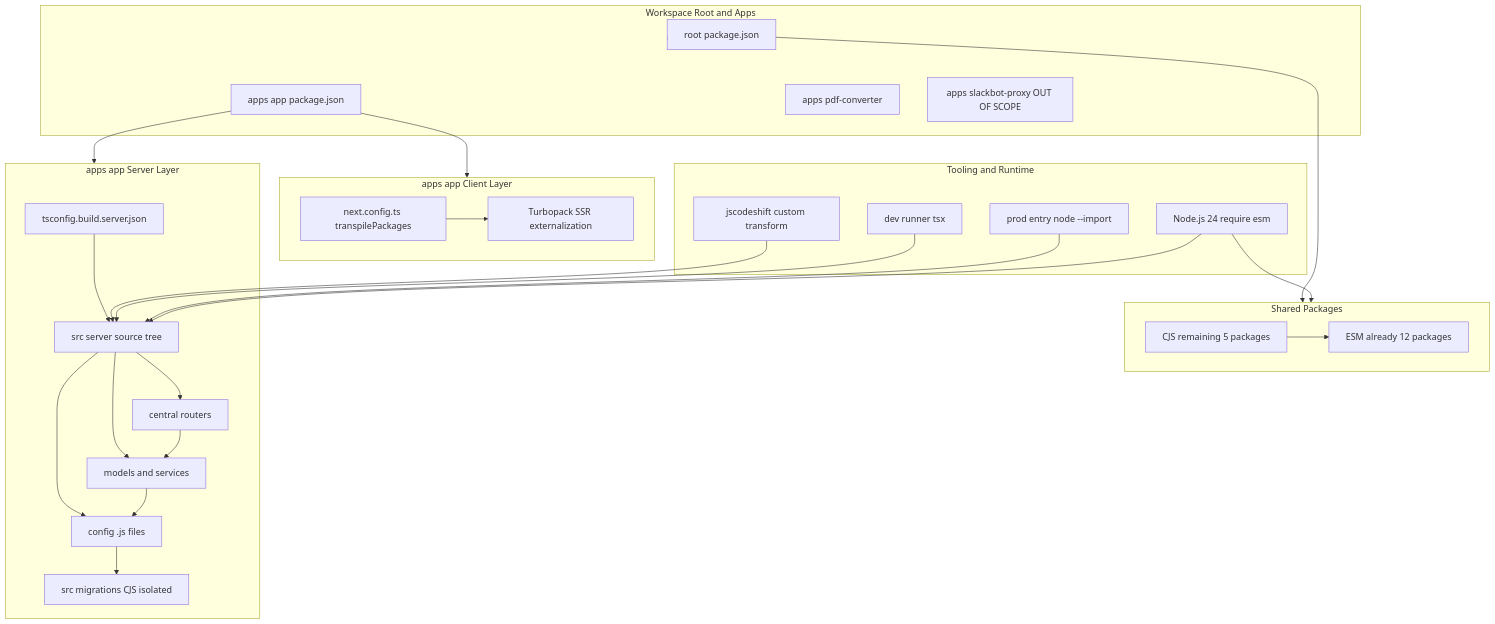
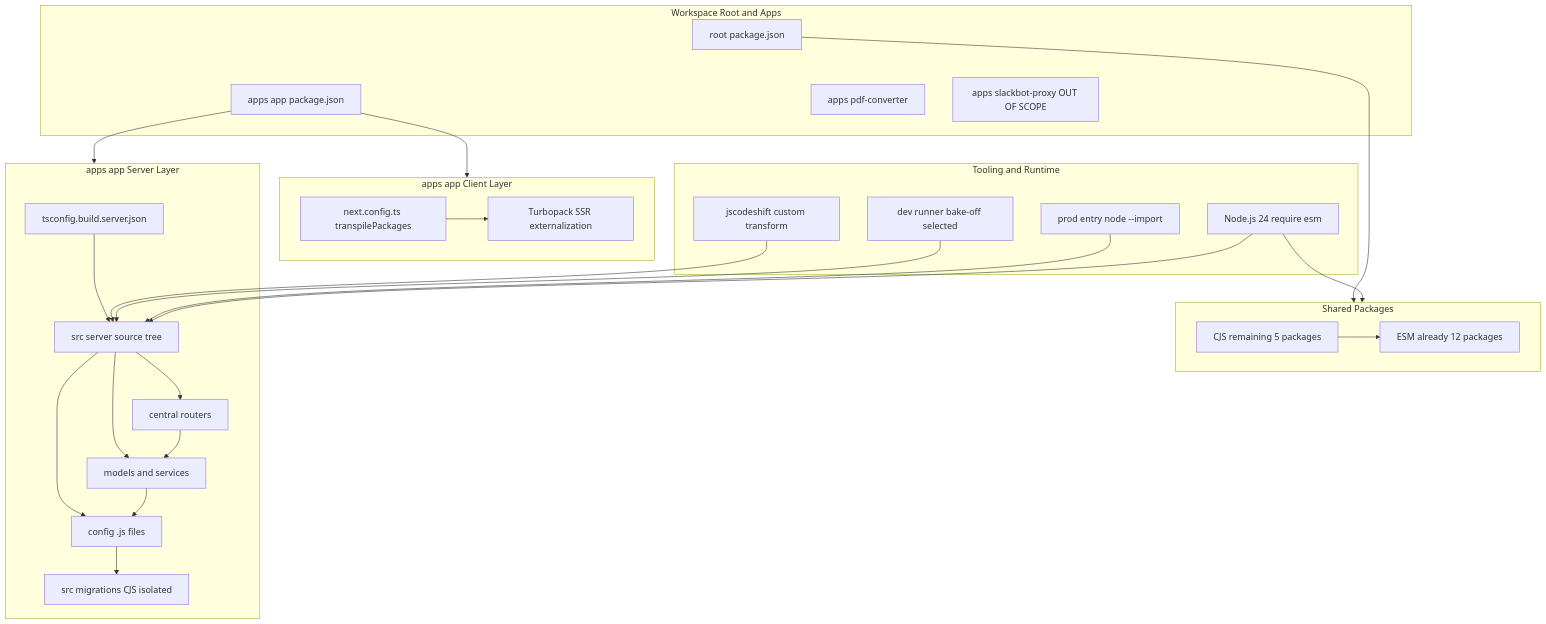
One commit to growilabs/growi changed the first of 4 diagrams in .kiro/specs/esm-migration/design.md. Above: the diagram before and after it, drawn with Mermaid. The commit also changed other lines of this file and 3 other files, not shown here.

````diff
--- a/.kiro/specs/esm-migration/design.md
+++ b/.kiro/specs/esm-migration/design.md
@@ -103,54 +103,54 @@
 ```mermaid
 graph TB
     subgraph RootAndApps[Workspace Root and Apps]
         Root[root package.json]
         AppPkg[apps app package.json]
         PdfApp[apps pdf-converter]
         SlackApp[apps slackbot-proxy OUT OF SCOPE]
     end
 
     subgraph SharedPackages[Shared Packages]
         EsmPkgs[ESM already 12 packages]
         CjsPkgs[CJS remaining 5 packages]
     end
 
     subgraph AppServer[apps app Server Layer]
         SrvBuild[tsconfig.build.server.json]
         SrvCode[src server source tree]
         Routes[central routers]
         Models[models and services]
         Config[config .js files]
         Migrations[src migrations CJS isolated]
     end
 
     subgraph AppClient[apps app Client Layer]
         NextConf[next.config.ts transpilePackages]
         Turbopack[Turbopack SSR externalization]
     end
 
     subgraph Tooling[Tooling and Runtime]
-        DevRunner[dev runner tsx]
+        DevRunner[dev runner bake-off selected]
         ProdEntry[prod entry node --import]
         Codemod[jscodeshift custom transform]
         Node24[Node.js 24 require esm]
     end
 
     Root --> SharedPackages
     Root --> RootAndApps
     CjsPkgs --> EsmPkgs
     AppPkg --> AppServer
     AppPkg --> AppClient
     SrvBuild --> SrvCode
     SrvCode --> Routes
     SrvCode --> Models
     SrvCode --> Config
     Routes --> Models
     Models --> Config
     Config --> Migrations
     NextConf --> Turbopack
     Codemod --> SrvCode
     DevRunner --> SrvCode
     ProdEntry --> SrvCode
     Node24 --> SrvCode
     Node24 --> SharedPackages
 ```
````
